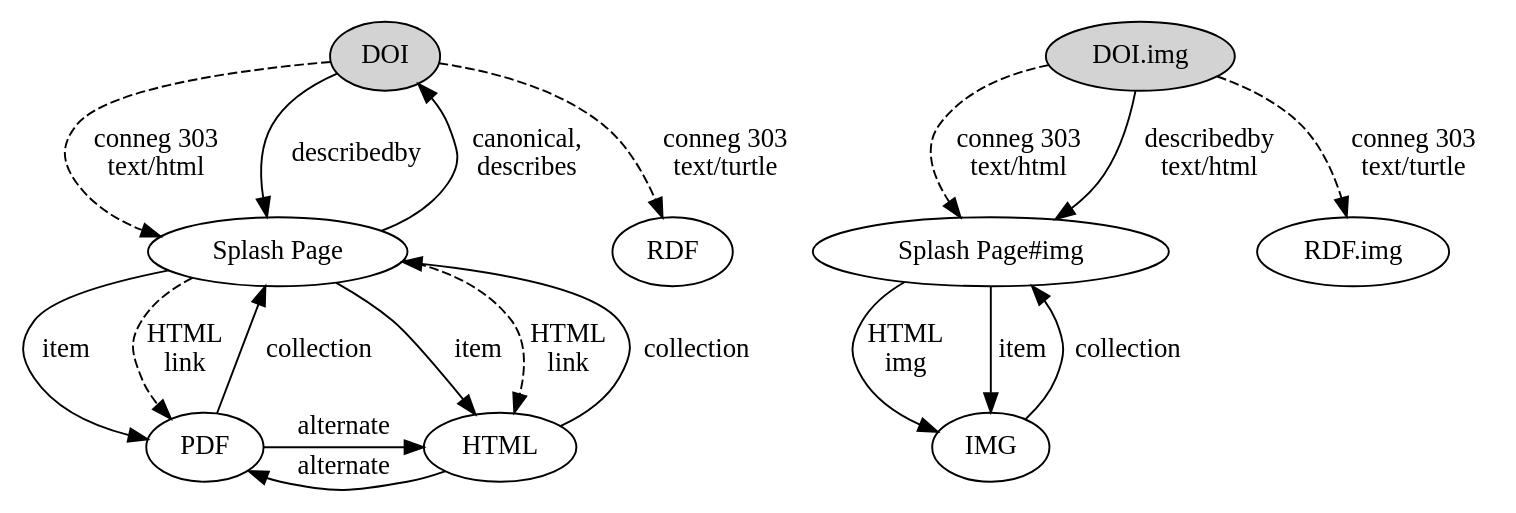
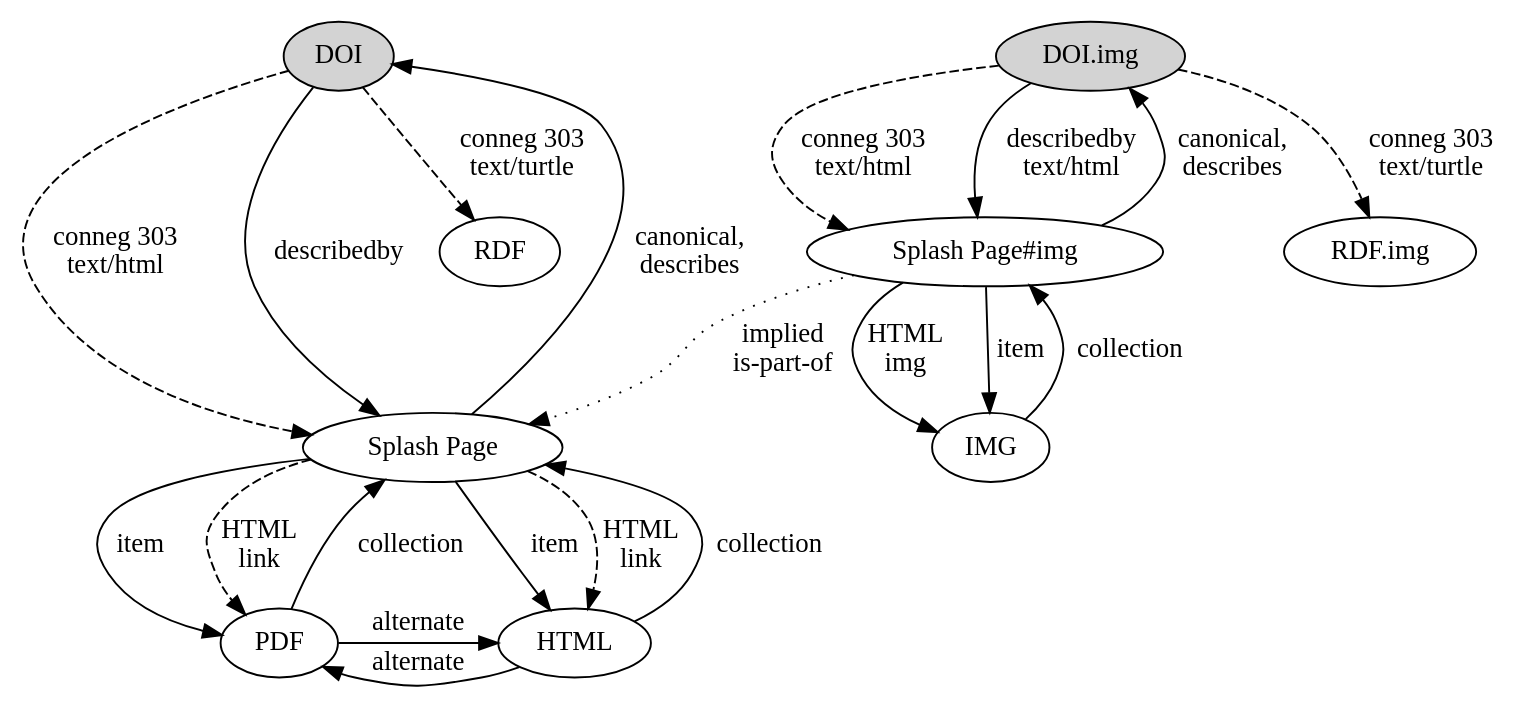
Before and after one commit to zimeon/signposting: the diagram in plos_with_component_image.dot, drawn with Graphviz. The commit also changed 2 other files, not shown here.

```diff
--- a/plos_with_component_image.dot
+++ b/plos_with_component_image.dot
@@ -1,26 +1,26 @@
 digraph PLOSCI {
   DOI [ style=filled ]
   DOI -> "Splash Page" [ style=dashed, label="conneg 303\ntext/html" ]
   DOI -> "RDF" [ style=dashed, label="conneg 303\ntext/turtle" ]
   "DOI.img" [ style=filled ]
   "DOI.img" -> "Splash Page#img" [ style=dashed, label="conneg 303\ntext/html" ]
   "DOI.img" -> "Splash Page#img" [ label="describedby\ntext/html" ]
   "DOI.img" -> "RDF.img" [ style=dashed, label="conneg 303\ntext/turtle" ]
   "Splash Page" -> PDF  [ label="item" ]
   "Splash Page" -> HTML  [ label="item" ]
   "Splash Page" -> PDF  [ style=dashed, label="HTML\nlink" ]
   "Splash Page" -> HTML  [ style=dashed, label="HTML\nlink" ]
   PDF -> HTML [ label="alternate" ]
   HTML -> PDF [ label="alternate" ]
   "Splash Page" -> DOI [ label="canonical,\ndescribes" ]
   DOI -> "Splash Page" [ label="describedby" ]
   "PDF" -> "Splash Page" [ label="collection" ]
   "HTML" -> "Splash Page" [ label="collection" ]
-# These do not work as would be attached to "Splash Page"
-#  "Splash Page#img" -> "DOI.img" [ label="canonical,\ndescribes" ]
+  "Splash Page#img" -> "DOI.img" [ label="canonical,\ndescribes" ]
   "Splash Page#img" -> "IMG" [ label="HTML\nimg" ]
   "Splash Page#img" -> "IMG" [ label="item" ]
+  "Splash Page#img" -> "Splash Page" [ style=dotted, label="implied\nis-part-of" ] 
   IMG -> "Splash Page#img" [ label="collection" ]
   { rank = "same" {DOI "DOI.img"} }
   { rank = "same" {PDF HTML} }
 }
```
